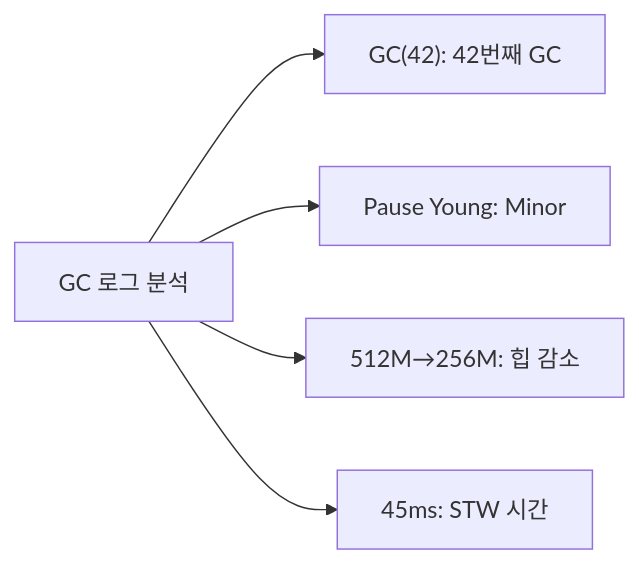
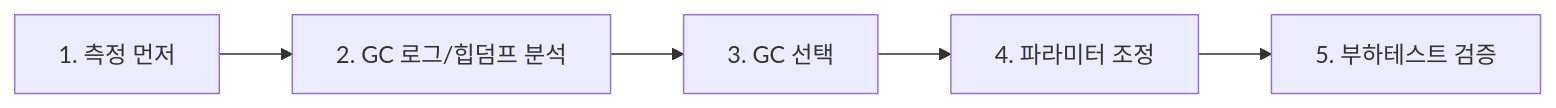
One commit to yjkim2015/yjkim2015.github.io changed the ninth of 9 diagrams in _posts/java/2026-05-01-java-garbage-collector.md. Above: the diagram before and after it, drawn with Mermaid. The commit also changed other lines of this file and 4 other files, not shown here.

````diff
--- a/_posts/java/2026-05-01-java-garbage-collector.md
+++ b/_posts/java/2026-05-01-java-garbage-collector.md
@@ -479,8 +1453,7 @@
 ```mermaid
 graph LR
-    LOG["GC 로그 분석"]
-    LOG --> A["GC(42): 42번째 GC"]
-    LOG --> B["Pause Young: Minor"]
-    LOG --> C["512M→256M: 힙 감소"]
-    LOG --> D["45ms: STW 시간"]
+    MEASURE["1. 측정 먼저"] --> ANALYZE["2. GC 로그/힙덤프 분석"]
+    ANALYZE --> SELECT["3. GC 선택"]
+    SELECT --> TUNE["4. 파라미터 조정"]
+    TUNE --> VERIFY["5. 부하테스트 검증"]
 ```
````
